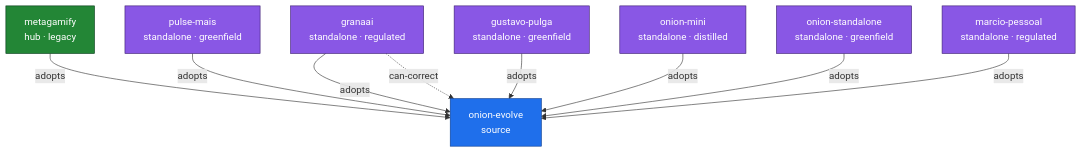
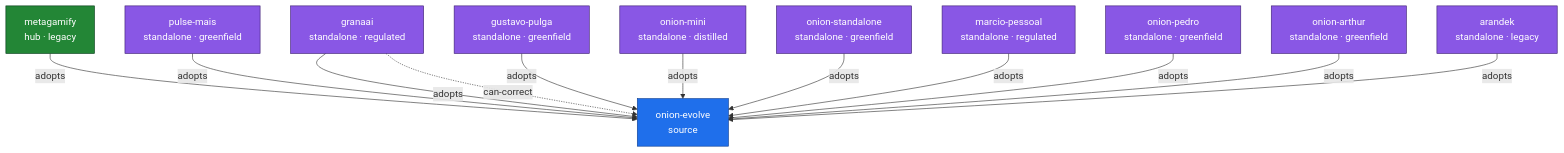
The diagram in docs/onion/federation-map.md (marciocar/onion-evolve), drawn with Mermaid before and after one commit. The commit also changed other lines of this file and 37 other files, not shown here.

````diff
--- a/docs/onion/federation-map.md
+++ b/docs/onion/federation-map.md
@@ -6,22 +6,28 @@
 ```mermaid
 flowchart TD
   onion_evolve["onion-evolve<br/>source"]:::source
   metagamify["metagamify<br/>hub · legacy"]:::hub
   pulse_mais["pulse-mais<br/>standalone · greenfield"]:::standalone
   granaai["granaai<br/>standalone · regulated"]:::standalone
   gustavo_pulga["gustavo-pulga<br/>standalone · greenfield"]:::standalone
   onion_mini["onion-mini<br/>standalone · distilled"]:::standalone
   onion_standalone["onion-standalone<br/>standalone · greenfield"]:::standalone
   marcio_pessoal["marcio-pessoal<br/>standalone · regulated"]:::standalone
+  onion_pedro["onion-pedro<br/>standalone · greenfield"]:::standalone
+  onion_arthur["onion-arthur<br/>standalone · greenfield"]:::standalone
+  arandek["arandek<br/>standalone · legacy"]:::standalone
   metagamify -->|adopts| onion_evolve
   pulse_mais -->|adopts| onion_evolve
   granaai -->|adopts| onion_evolve
   granaai -.->|can-correct| onion_evolve
   gustavo_pulga -->|adopts| onion_evolve
   onion_mini -->|adopts| onion_evolve
   onion_standalone -->|adopts| onion_evolve
   marcio_pessoal -->|adopts| onion_evolve
+  onion_pedro -->|adopts| onion_evolve
+  onion_arthur -->|adopts| onion_evolve
+  arandek -->|adopts| onion_evolve
   classDef source fill:#1f6feb,color:#fff,stroke:#0b3d91;
   classDef hub fill:#238636,color:#fff,stroke:#033a16;
   classDef standalone fill:#8957e5,color:#fff,stroke:#3c1e70;
 ```
````
